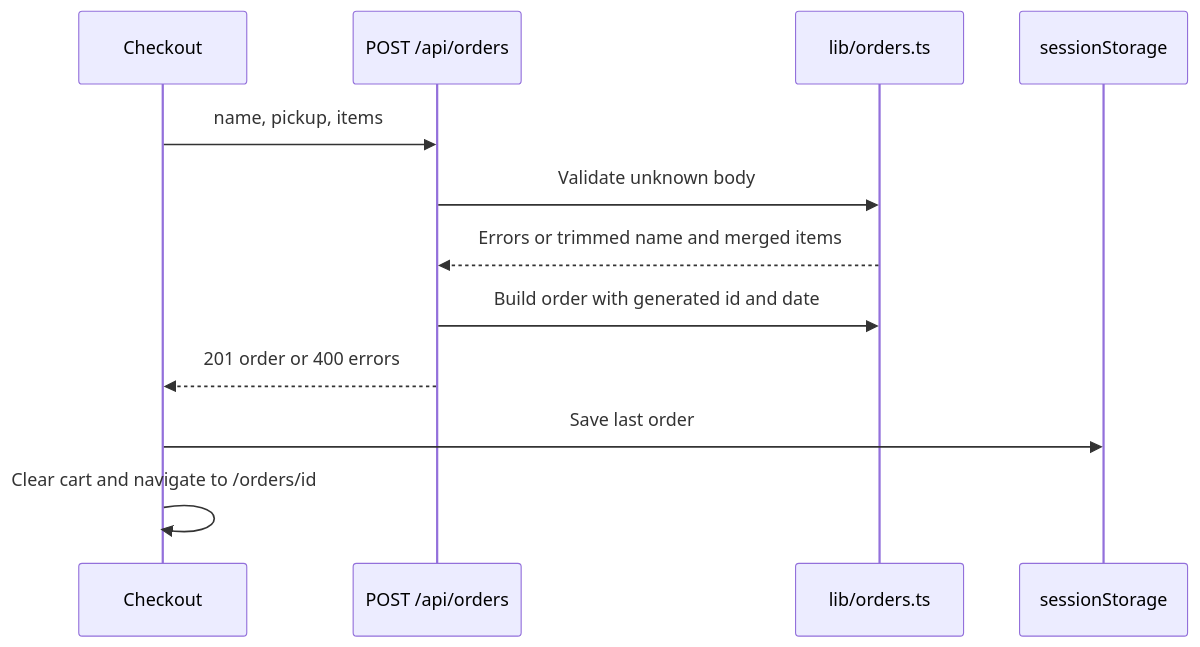
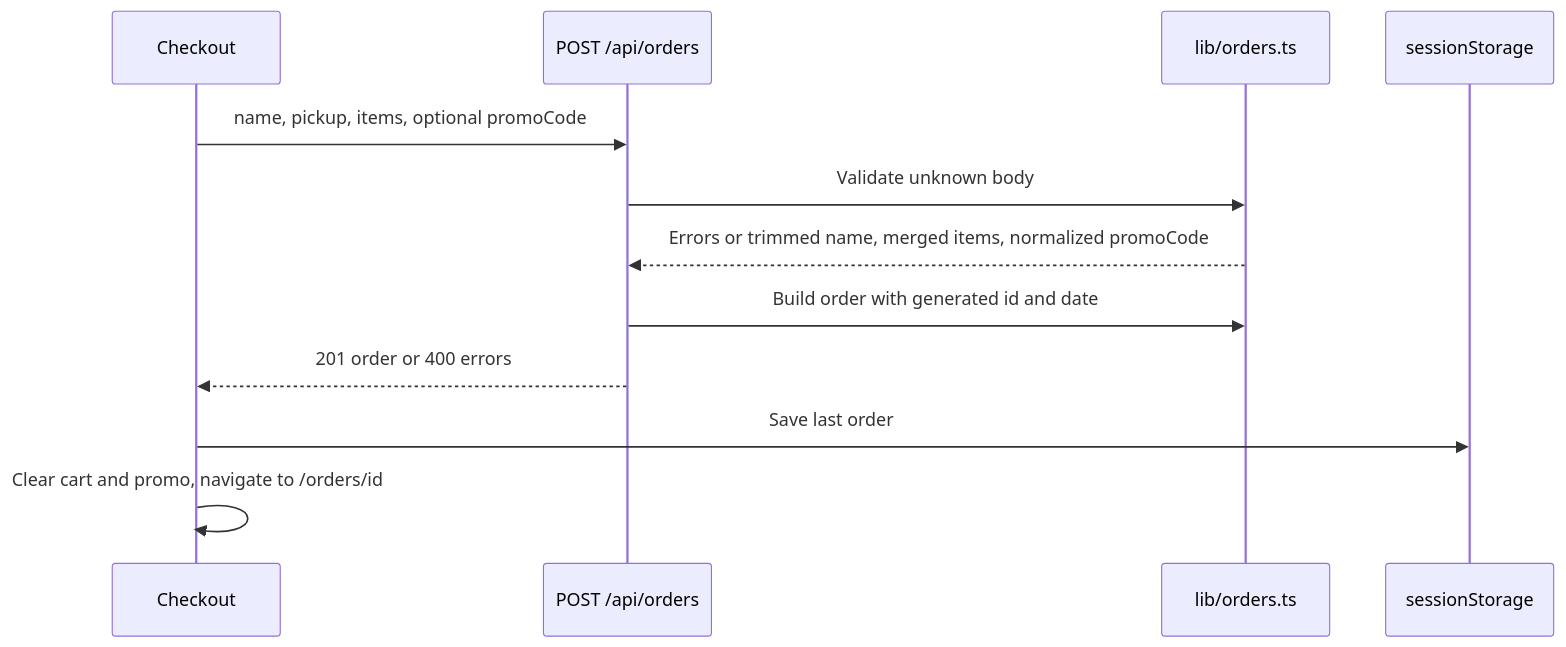
Before and after one commit to FactoryDemo/demo-storefront: the diagram in droid-wiki/features/checkout.md, drawn with Mermaid. The commit also changed other lines of this file and 16 other files, not shown here.

````diff
--- a/droid-wiki/features/checkout.md
+++ b/droid-wiki/features/checkout.md
@@ -17,14 +19,14 @@
 ```mermaid
 sequenceDiagram
     participant UI as Checkout
     participant API as POST /api/orders
     participant Core as lib/orders.ts
     participant Tab as sessionStorage
-    UI->>API: name, pickup, items
+    UI->>API: name, pickup, items, optional promoCode
     API->>Core: Validate unknown body
-    Core-->>API: Errors or trimmed name and merged items
+    Core-->>API: Errors or trimmed name, merged items, normalized promoCode
     API->>Core: Build order with generated id and date
     API-->>UI: 201 order or 400 errors
     UI->>Tab: Save last order
-    UI->>UI: Clear cart and navigate to /orders/id
+    UI->>UI: Clear cart and promo, navigate to /orders/id
 ```
````
